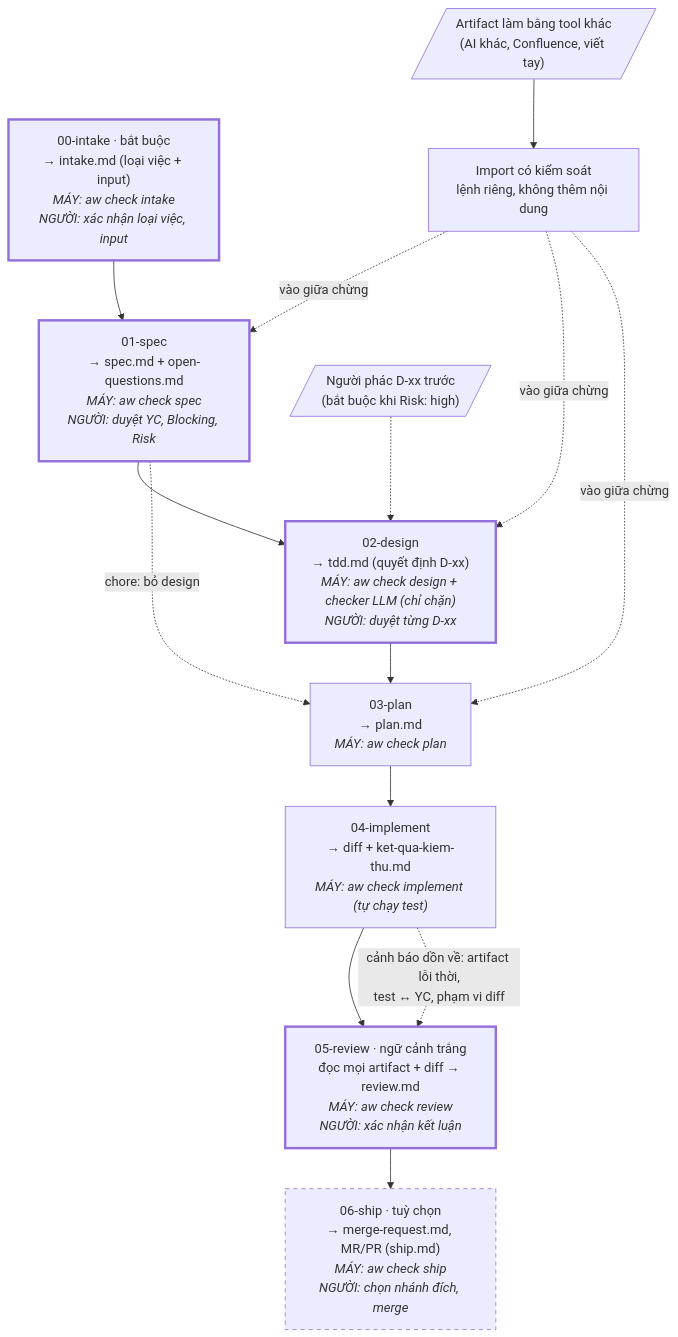
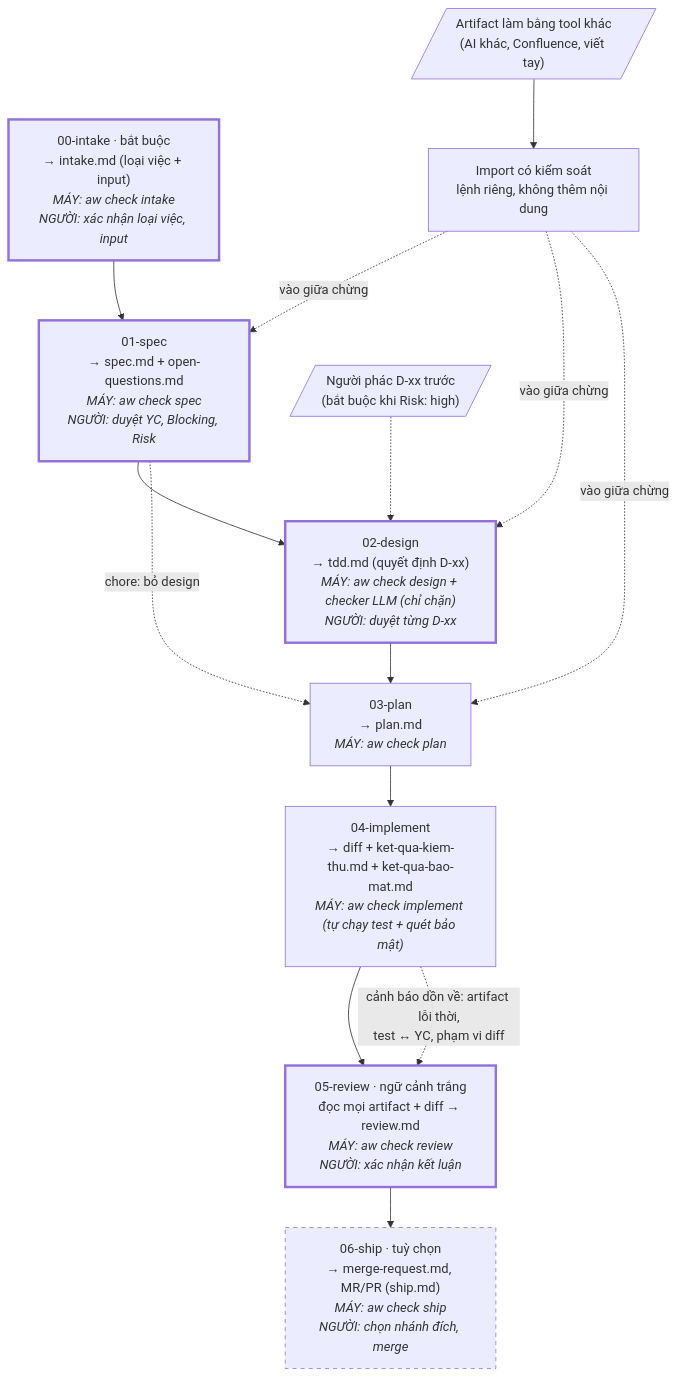
The diagram in README.md (dangminhphuc/agent-workflow), drawn with Mermaid before and after one commit. The commit also changed other lines of this file and 15 other files, not shown here.

First line of the commit message:
Cổng bảo mật bằng máy khớp CI; kết quả kiểm thử/quét gắn dấu vân tay code

````diff
--- a/README.md
+++ b/README.md
@@ -48,31 +48,31 @@
 ```mermaid
 flowchart TD
     INTAKE["00-intake · bắt buộc<br/>→ intake.md (loại việc + input)<br/><i>MÁY: aw check intake</i><br/><i>NGƯỜI: xác nhận loại việc, input</i>"]
     SPEC["01-spec<br/>→ spec.md + open-questions.md<br/><i>MÁY: aw check spec</i><br/><i>NGƯỜI: duyệt YC, Blocking, Risk</i>"]
     PHAC[/"Người phác D-xx trước<br/>(bắt buộc khi Risk: high)"/]
     DESIGN["02-design<br/>→ tdd.md (quyết định D-xx)<br/><i>MÁY: aw check design + checker LLM (chỉ chặn)</i><br/><i>NGƯỜI: duyệt từng D-xx</i>"]
     PLAN["03-plan<br/>→ plan.md<br/><i>MÁY: aw check plan</i>"]
-    IMPL["04-implement<br/>→ diff + ket-qua-kiem-thu.md<br/><i>MÁY: aw check implement (tự chạy test)</i>"]
+    IMPL["04-implement<br/>→ diff + ket-qua-kiem-thu.md + ket-qua-bao-mat.md<br/><i>MÁY: aw check implement (tự chạy test + quét bảo mật)</i>"]
     REVIEW["05-review · ngữ cảnh trắng<br/>đọc mọi artifact + diff → review.md<br/><i>MÁY: aw check review</i><br/><i>NGƯỜI: xác nhận kết luận</i>"]
     SHIP["06-ship · tuỳ chọn<br/>→ merge-request.md, MR/PR (ship.md)<br/><i>MÁY: aw check ship</i><br/><i>NGƯỜI: chọn nhánh đích, merge</i>"]
 
     NGOAI[/"Artifact làm bằng tool khác<br/>(AI khác, Confluence, viết tay)"/]
     IMPORT["Import có kiểm soát<br/>lệnh riêng, không thêm nội dung"]
 
     INTAKE --> SPEC --> DESIGN
     PHAC -.-> DESIGN
     DESIGN --> PLAN --> IMPL --> REVIEW --> SHIP
     SPEC -. "chore: bỏ design" .-> PLAN
 
     IMPL -. "cảnh báo dồn về: artifact lỗi thời,<br/>test ↔ YC, phạm vi diff" .-> REVIEW
 
     NGOAI --> IMPORT
     IMPORT -. "vào giữa chừng" .-> SPEC
     IMPORT -. "vào giữa chừng" .-> DESIGN
     IMPORT -. "vào giữa chừng" .-> PLAN
 
     classDef nguoi stroke-width:3px
     classDef tuychon stroke-dasharray:5 5
     class INTAKE,SPEC,DESIGN,REVIEW nguoi
     class SHIP tuychon
 ```
````
